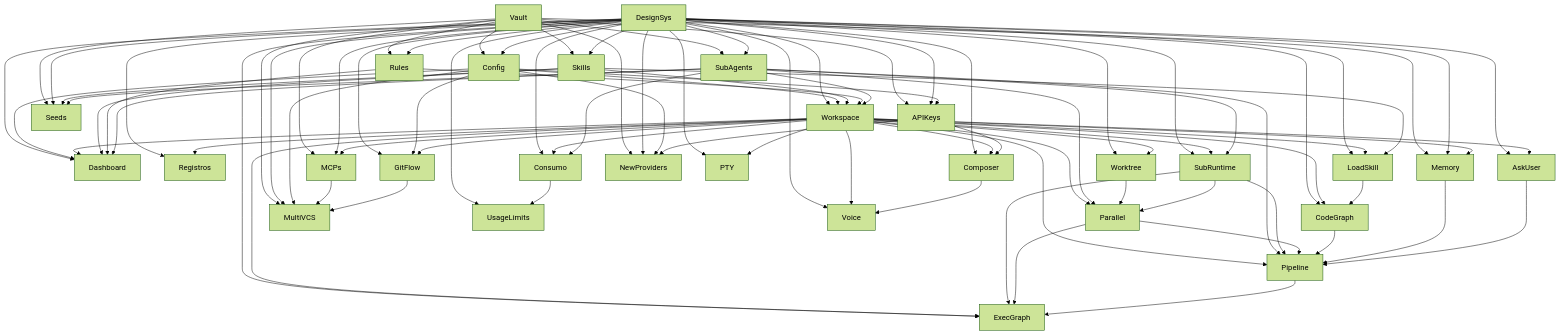
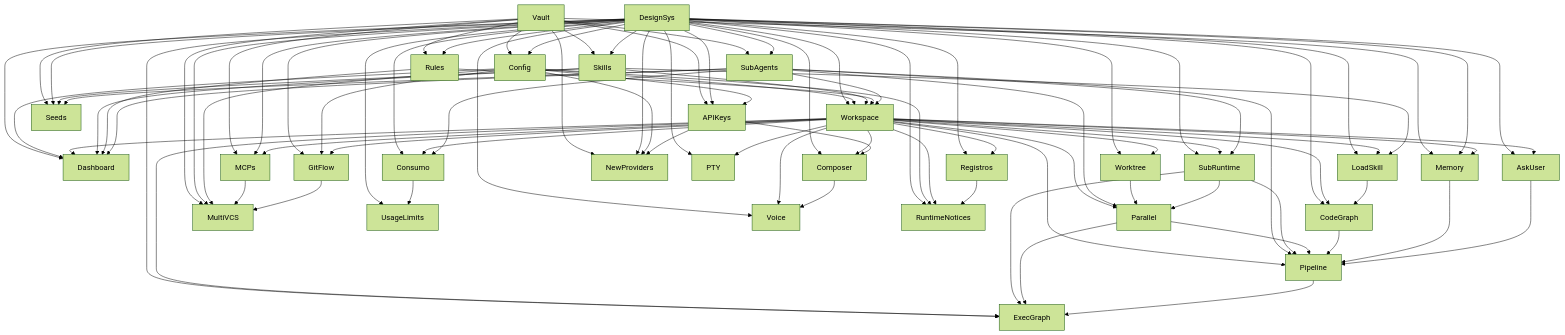
The diagram in apps/engrena-code/docs/PRD.md (humbertoluks/engrena-code), drawn with Mermaid (forest theme) before and after one commit. The commit also changed other lines of this file and 6 other files, not shown here.

````diff
--- a/apps/engrena-code/docs/PRD.md
+++ b/apps/engrena-code/docs/PRD.md
@@ -1244,4 +1281,8 @@
   F15 --> F29
   F18 --> F29
   F22 --> F29
+  F011 --> F30[RuntimeNotices]
+  F02 --> F30
+  F03 --> F30
+  F08 --> F30
 ```
````
